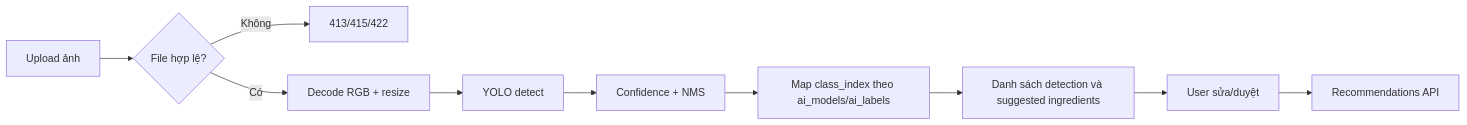
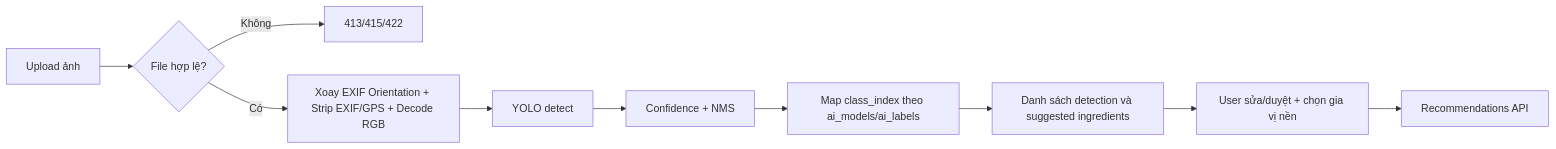
One commit to phongg2905/foodVision-AI changed the diagram in docs/04-ai-model/ai-model-design.md. Above: the diagram before and after it, drawn with Mermaid. The commit also changed other lines of this file and 21 other files, not shown here.

Commit message:
docs: align architecture, api contract, scoring rules, and test cases

````diff
--- a/docs/04-ai-model/ai-model-design.md
+++ b/docs/04-ai-model/ai-model-design.md
@@ -21,12 +22,12 @@
 ```mermaid
 flowchart LR
-    A[Upload ảnh] --> B{File hợp lệ?}
-    B -->|Không| X[413/415/422]
-    B -->|Có| C[Decode RGB + resize]
-    C --> D[YOLO detect]
-    D --> E[Confidence + NMS]
-    E --> F[Map class_index theo ai_models/ai_labels]
-    F --> G[Danh sách detection và suggested ingredients]
-    G --> H[User sửa/duyệt]
-    H --> I[Recommendations API]
+    A["Upload ảnh"] --> B{"File hợp lệ?"}
+    B -->|Không| X["413/415/422"]
+    B -->|Có| C["Xoay EXIF Orientation + Strip EXIF/GPS + Decode RGB"]
+    C --> D["YOLO detect"]
+    D --> E["Confidence + NMS"]
+    E --> F["Map class_index theo ai_models/ai_labels"]
+    F --> G["Danh sách detection và suggested ingredients"]
+    G --> H["User sửa/duyệt + chọn gia vị nền"]
+    H --> I["Recommendations API"]
 ```
````
